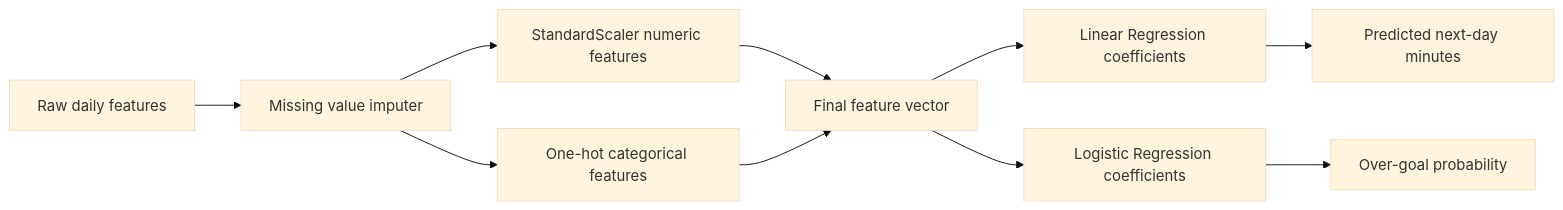
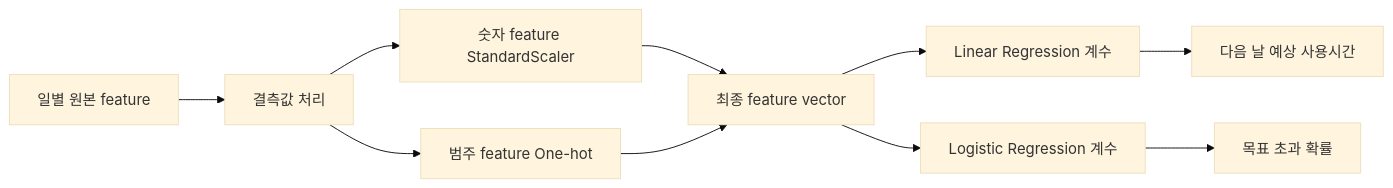
One commit to sionkk1/data changed the third of 3 diagrams in habitguard_android/docs/HABITGUARD_REPORT.md. Above: the diagram before and after it, drawn with Mermaid (base theme). The commit also changed other lines of this file and 2 other files, not shown here.

````diff
--- a/habitguard_android/docs/HABITGUARD_REPORT.md
+++ b/habitguard_android/docs/HABITGUARD_REPORT.md
@@ -100,12 +100,12 @@
 ```mermaid
 flowchart LR
-    A[Raw daily features] --> B[Missing value imputer]
-    B --> C[StandardScaler numeric features]
-    B --> D[One-hot categorical features]
-    C --> E[Final feature vector]
+    A[일별 원본 feature] --> B[결측값 처리]
+    B --> C[숫자 feature StandardScaler]
+    B --> D[범주 feature One-hot]
+    C --> E[최종 feature vector]
     D --> E
-    E --> F[Linear Regression coefficients]
-    E --> G[Logistic Regression coefficients]
-    F --> H[Predicted next-day minutes]
-    G --> I[Over-goal probability]
+    E --> F[Linear Regression 계수]
+    E --> G[Logistic Regression 계수]
+    F --> H[다음 날 예상 사용시간]
+    G --> I[목표 초과 확률]
 ```
````
